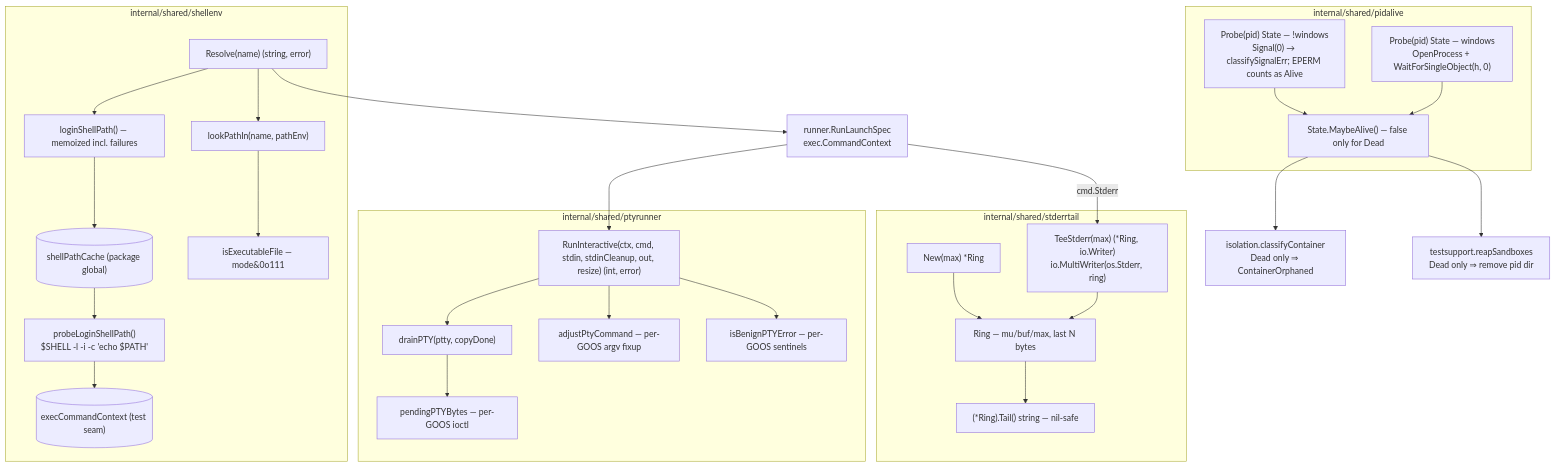
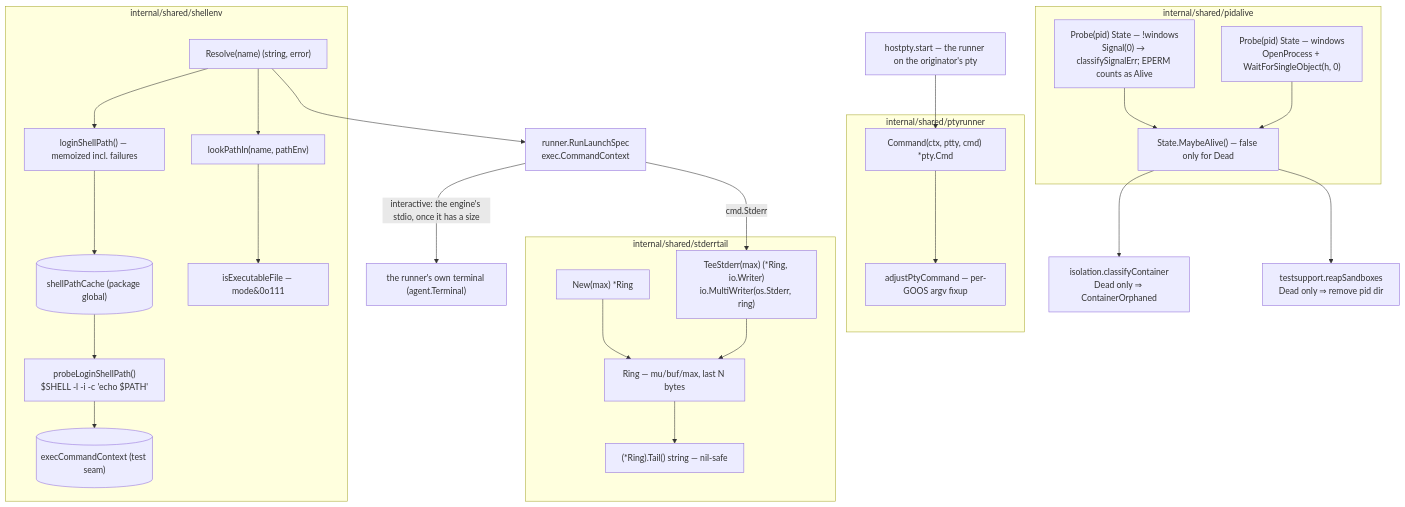
One commit to ctxloom/ctxloom changed the diagram in docs/architecture/shared/process-execution.md. Above: the diagram before and after it, drawn with Mermaid. The commit also changed other lines of this file and 12 other files, not shown here.

First line of the commit message:
docs: the engine is on the one pty the originator holds; drop the relay's comments

````diff
--- a/docs/architecture/shared/process-execution.md
+++ b/docs/architecture/shared/process-execution.md
@@ -7,52 +7,50 @@
 ```mermaid
 flowchart TD
   LAUNCH["runner.RunLaunchSpec<br/>exec.CommandContext"]
 
   subgraph se["internal/shared/shellenv"]
     R["Resolve(name) (string, error)"]
     LSP["loginShellPath() — memoized incl. failures"]
     PLSP["probeLoginShellPath()<br/>$SHELL -l -i -c 'echo $PATH'"]
     LPI["lookPathIn(name, pathEnv)"]
     IEF["isExecutableFile — mode&0o111"]
     CACHE[("shellPathCache (package global)")]
     SEAM[("execCommandContext (test seam)")]
     R --> LSP --> CACHE
     CACHE --> PLSP --> SEAM
     R --> LPI --> IEF
   end
 
   subgraph pr["internal/shared/ptyrunner"]
-    RI["RunInteractive(ctx, cmd, stdin, stdinCleanup, out, resize) (int, error)"]
-    DR["drainPTY(ptty, copyDone)"]
-    PPB["pendingPTYBytes — per-GOOS ioctl"]
-    IBE["isBenignPTYError — per-GOOS sentinels"]
+    CMD["Command(ctx, ptty, cmd) *pty.Cmd"]
     APC["adjustPtyCommand — per-GOOS argv fixup"]
-    RI --> DR --> PPB
-    RI --> APC
-    RI --> IBE
+    CMD --> APC
   end
+  HP["hostpty.start — the runner on the originator's pty"] --> CMD
+  TERM["the runner's own terminal (agent.Terminal)"]
 
   subgraph st["internal/shared/stderrtail"]
     RING["Ring — mu/buf/max, last N bytes"]
     NEWR["New(max) *Ring"]
     TEE["TeeStderr(max) (*Ring, io.Writer)<br/>io.MultiWriter(os.Stderr, ring)"]
     TAIL["(*Ring).Tail() string — nil-safe"]
     NEWR --> RING
     TEE --> RING
     RING --> TAIL
   end
 
   subgraph pa["internal/shared/pidalive"]
     PU["Probe(pid) State — !windows<br/>Signal(0) → classifySignalErr; EPERM counts as Alive"]
     PW["Probe(pid) State — windows<br/>OpenProcess + WaitForSingleObject(h, 0)"]
     MA["State.MaybeAlive() — false only for Dead"]
     PU --> MA
     PW --> MA
   end
 
-  R --> LAUNCH --> RI
+  R --> LAUNCH
+  LAUNCH -->|"interactive: the engine's stdio, once it has a size"| TERM
   LAUNCH -->|"cmd.Stderr"| TEE
   MA --> CREAP["isolation.classifyContainer<br/>Dead only ⇒ ContainerOrphaned"]
   MA --> SBX["testsupport.reapSandboxes<br/>Dead only ⇒ remove pid dir"]
 
 ```
````
